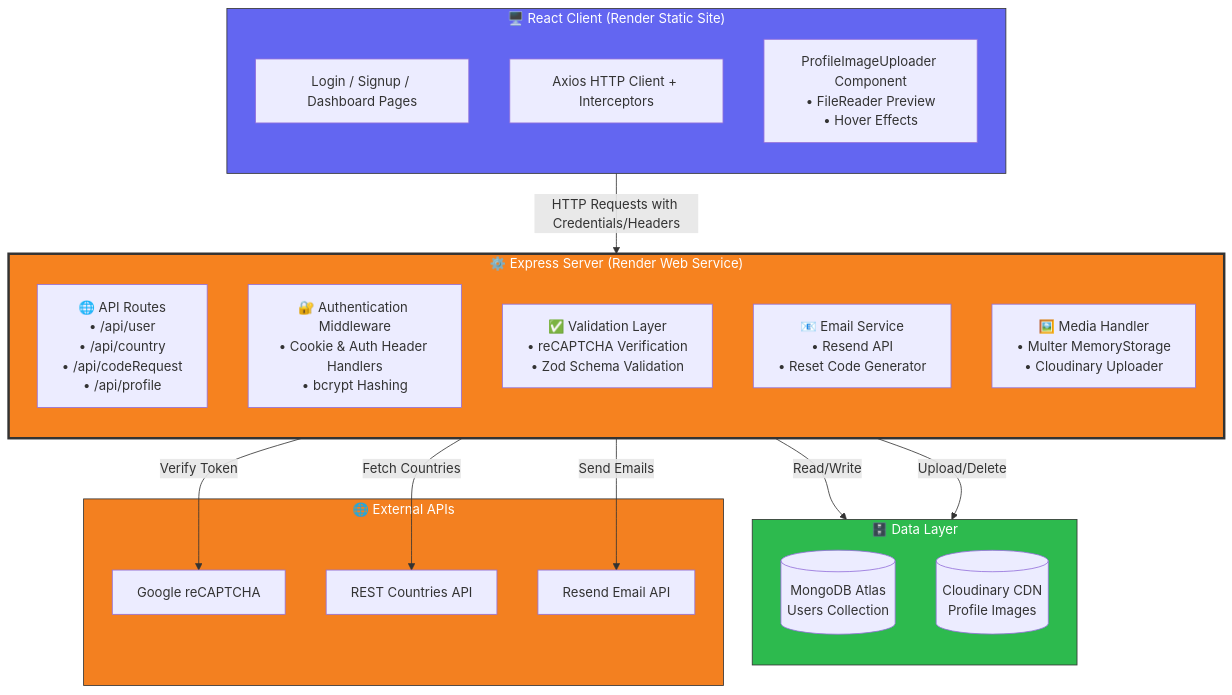
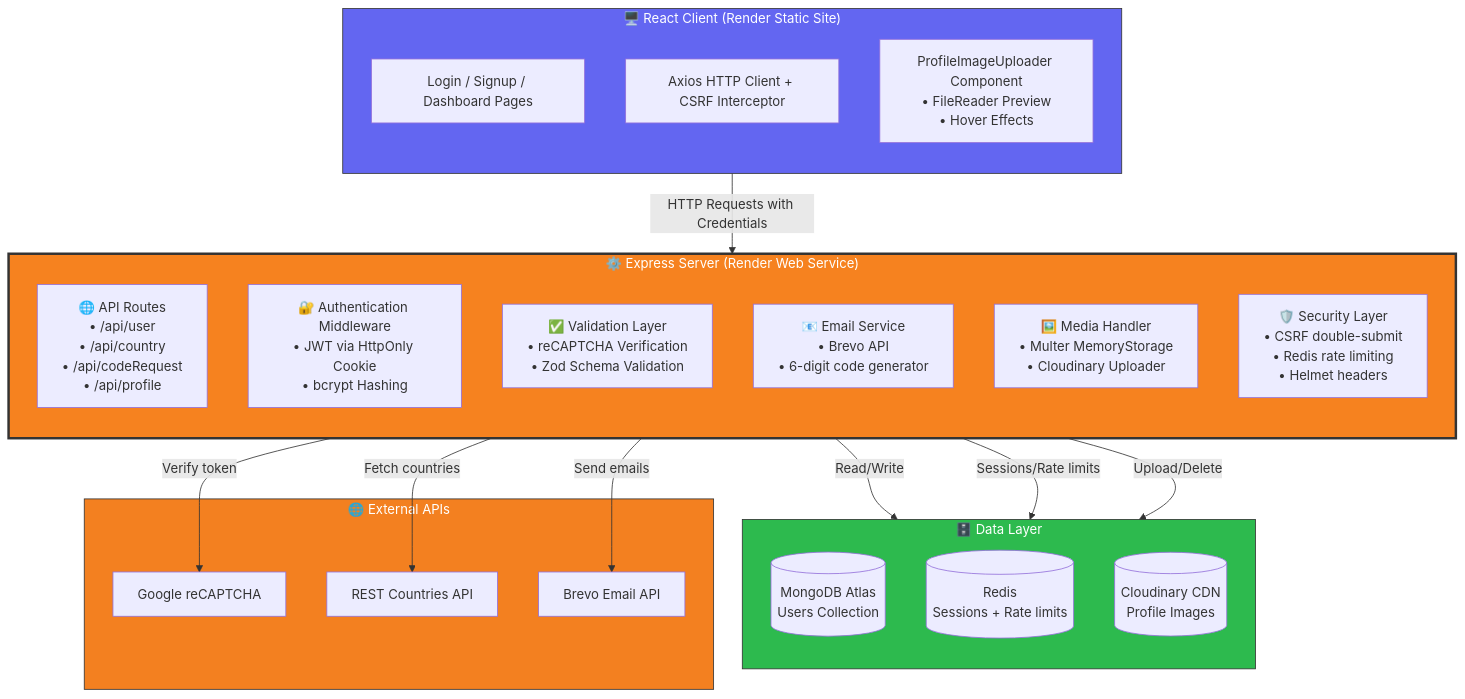
The diagram in README.md (Mel000000/Authentication-User-Dashboard-App), drawn with Mermaid before and after one commit. The commit also changed other lines of this file, not shown here.

````diff
--- a/README.md
+++ b/README.md
@@ -103,46 +101,50 @@
 ```mermaid
 flowchart TB
     subgraph Client["🖥️ React Client (Render Static Site)"]
         direction TB
         A["Login / Signup / Dashboard Pages"]
-        B["Axios HTTP Client + Interceptors"]
+        B["Axios HTTP Client + CSRF Interceptor"]
         A2["ProfileImageUploader Component<br/>• FileReader Preview<br/>• Hover Effects"]
     end
 
     subgraph Server["⚙️ Express Server (Render Web Service)"]
         direction TB
         C["🌐 API Routes<br/>• /api/user<br/>• /api/country<br/>• /api/codeRequest<br/>• /api/profile"]
         
-        D["🔐 Authentication Middleware<br/>• Cookie & Auth Header Handlers<br/>• bcrypt Hashing"]
+        D["🔐 Authentication Middleware<br/>• JWT via HttpOnly Cookie<br/>• bcrypt Hashing"]
         
         E["✅ Validation Layer<br/>• reCAPTCHA Verification<br/>• Zod Schema Validation"]
         
-        F["📧 Email Service<br/>• Resend API<br/>• Reset Code Generator"]
+        F["📧 Email Service<br/>• Brevo API<br/>• 6-digit code generator"]
         
         G["🖼️ Media Handler<br/>• Multer MemoryStorage<br/>• Cloudinary Uploader"]
+
+        H["🛡️ Security Layer<br/>• CSRF double-submit<br/>• Redis rate limiting<br/>• Helmet headers"]
     end
 
     subgraph Data["🗄️ Data Layer"]
         direction TB
-        H[("MongoDB Atlas<br/>Users Collection")]
-        I[("Cloudinary CDN<br/>Profile Images")]
+        I[("MongoDB Atlas<br/>Users Collection")]
+        J[("Redis<br/>Sessions + Rate limits")]
+        K[("Cloudinary CDN<br/>Profile Images")]
     end
 
     subgraph External["🌐 External APIs"]
-        J["Google reCAPTCHA"]
-        K["REST Countries API"]
-        M["Resend Email API"]
+        L["Google reCAPTCHA"]
+        M["REST Countries API"]
+        N["Brevo Email API"]
     end
 
-    Client -->|HTTP Requests with Credentials/Headers| Server
-    Server -->|Read/Write| H
-    Server -->|Upload/Delete| I
-    Server -->|Verify Token| J
-    Server -->|Fetch Countries| K
-    Server -->|Send Emails| M
+    Client -->|HTTP Requests with Credentials| Server
+    Server -->|Read/Write| I
+    Server -->|Sessions/Rate limits| J
+    Server -->|Upload/Delete| K
+    Server -->|Verify token| L
+    Server -->|Fetch countries| M
+    Server -->|Send emails| N
 
     style Client fill:#6366F1,color:#fff,stroke:#333,stroke-width:1px
     style Server fill:#F6821F,color:#fff,stroke:#333,stroke-width:3px
     style Data fill:#2DBA4E,color:#fff,stroke:#333,stroke-width:1px
     style External fill:#F38020,color:#fff,stroke:#333,stroke-width:1px
 ```
````
